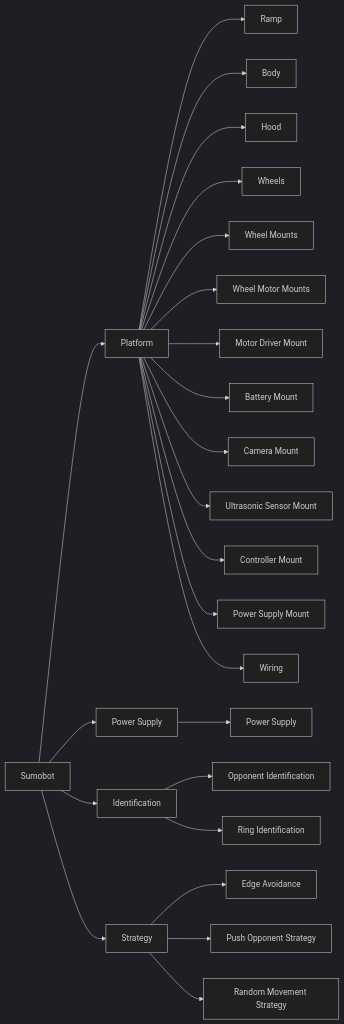
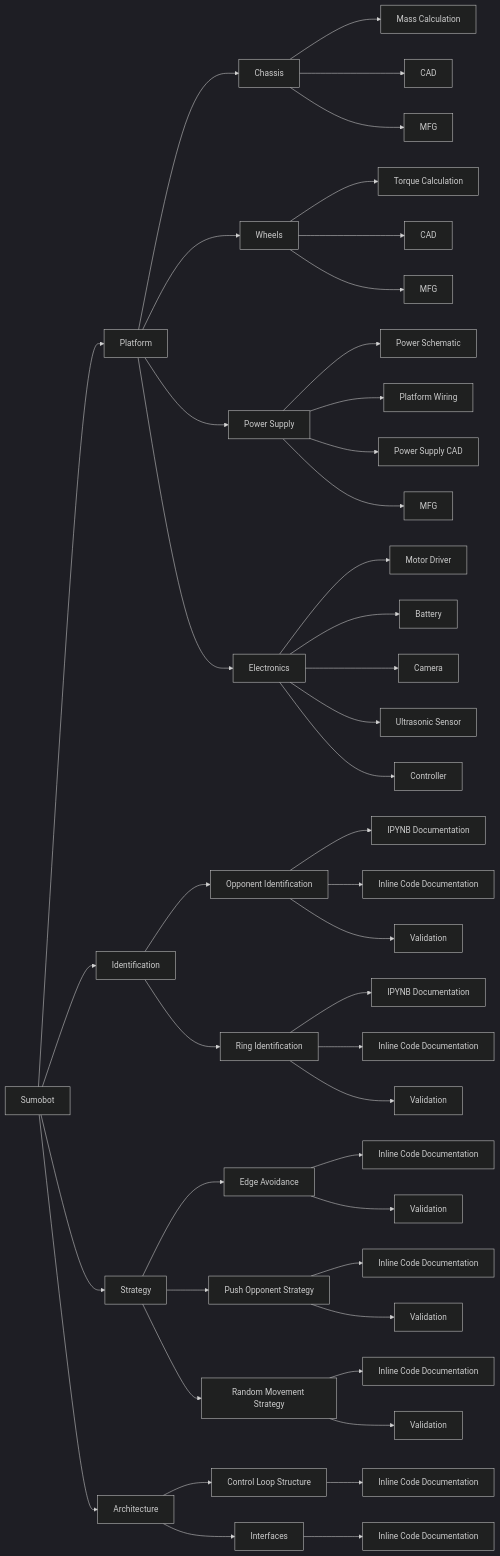
The first of 2 diagrams in README.md (dennuguyen/sumoltaneous-equations), drawn with Mermaid (dark theme) before and after one commit. The commit also changed other lines of this file, not shown here.

Commit message:
Flesh out WBS to 4th level.

````diff
--- a/README.md
+++ b/README.md
@@ -15,31 +19,59 @@
 ```mermaid
 graph LR
     Sumobot
     Sumobot --> Platform
-    Sumobot --> power[Power Supply]
     Sumobot --> Identification
     Sumobot --> Strategy
-
-    power --> supply[Power Supply]
+    Sumobot --> Architecture
 
     Identification --> opp[Opponent Identification]
+    opp --> opp_ipynb[IPYNB Documentation]
+    opp --> opp_code_doc[Inline Code Documentation]
+    opp --> opp_val[Validation]
+
     Identification --> ring[Ring Identification]
+    ring --> ring_ipynb[IPYNB Documentation]
+    ring --> ring_code_doc[Inline Code Documentation]
+    ring --> ring_val[Validation]
+
+    Architecture --> control[Control Loop Structure]
+    control --> control_code_doc[Inline Code Documentation]
+
+    Architecture --> interfaces[Interfaces]
+    interfaces --> interfaces_code_doc[Inline Code Documentation]
 
     Strategy --> avoidance[Edge Avoidance]
+    avoidance --> avoidance_code_doc[Inline Code Documentation]
+    avoidance --> avoidance_val[Validation]
+
     Strategy --> push[Push Opponent Strategy]
+    push --> push_code_doc[Inline Code Documentation]
+    push --> push_val[Validation]
+
     Strategy --> random[Random Movement Strategy]
+    random --> random_code_doc[Inline Code Documentation]
+    random --> random_val[Validation]
 
-    Platform --> Ramp
-    Platform --> Body
-    Platform --> Hood
+    Platform --> Chassis
+    Chassis --> chassis_mass[Mass Calculation]
+    Chassis --> chassis_cad[CAD]
+    Chassis --> chassis_mfg[MFG]
+
     Platform --> Wheels
-    Platform --> wheel_mounts[Wheel Mounts]
-    Platform --> motor_mounts[Wheel Motor Mounts]
-    Platform --> driver_mounts[Motor Driver Mount]
-    Platform --> battery_mount[Battery Mount]
-    Platform --> camera_mount[Camera Mount]
-    Platform --> ultrasonic_mount[Ultrasonic Sensor Mount]
-    Platform --> arduino_mount[Controller Mount]
-    Platform --> power_supply[Power Supply Mount]
-    Platform --> Wiring
+    Wheels --> wheel_torque[Torque Calculation]
+    Wheels --> wheels_cad[CAD]
+    Wheels --> wheels_mfg[MFG]
+
+    Platform --> power[Power Supply]
+    power --> power_schematic[Power Schematic]
+    power --> Wiring[Platform Wiring]
+    power --> power_cad[Power Supply CAD]
+    power --> mfg_power[MFG]
+
+    Platform --> Electronics
+    Electronics --> driver_mounts[Motor Driver]
+    Electronics --> battery_mount[Battery]
+    Electronics --> camera_mount[Camera]
+    Electronics --> ultrasonic_mount[Ultrasonic Sensor]
+    Electronics --> arduino_mount[Controller]
 ```
````
